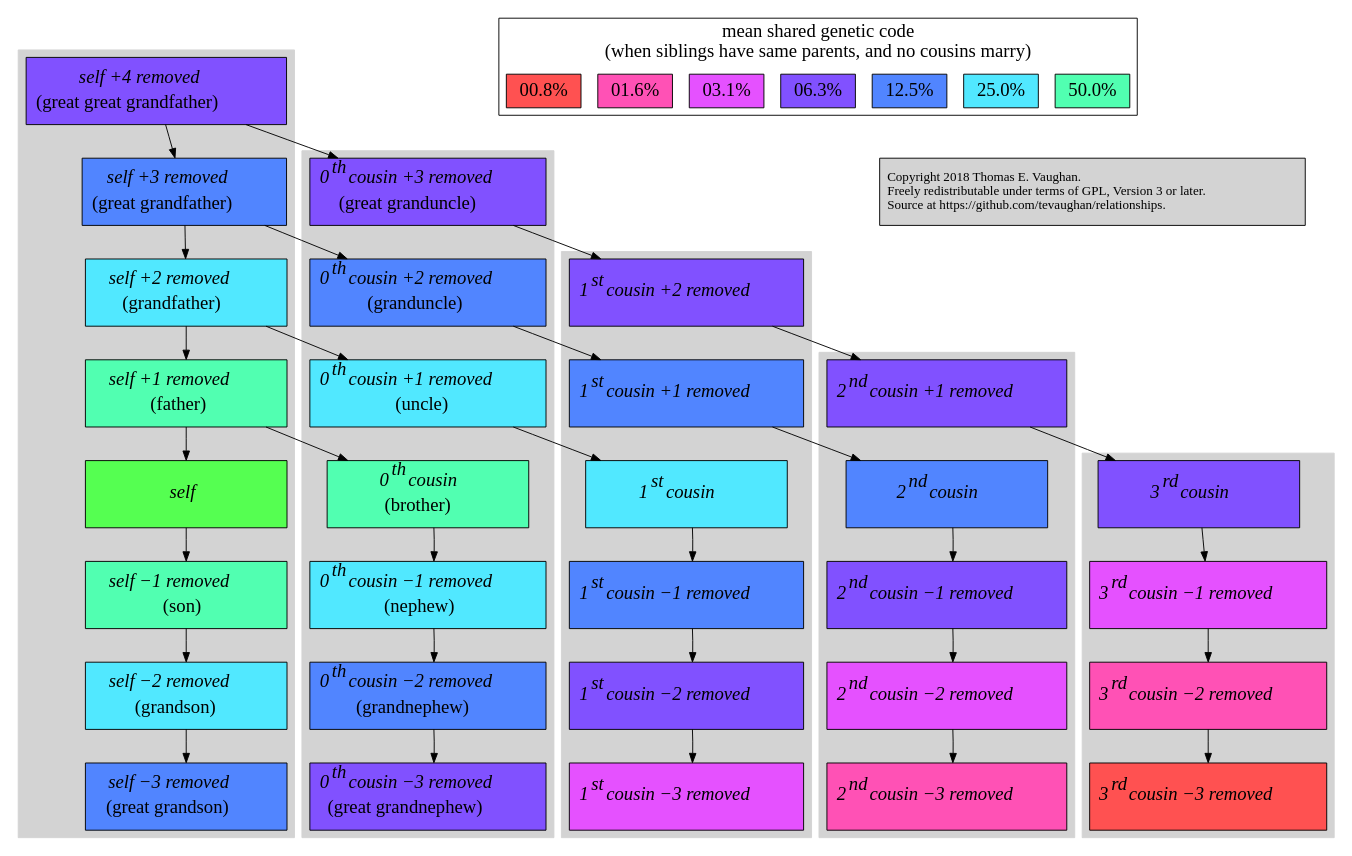
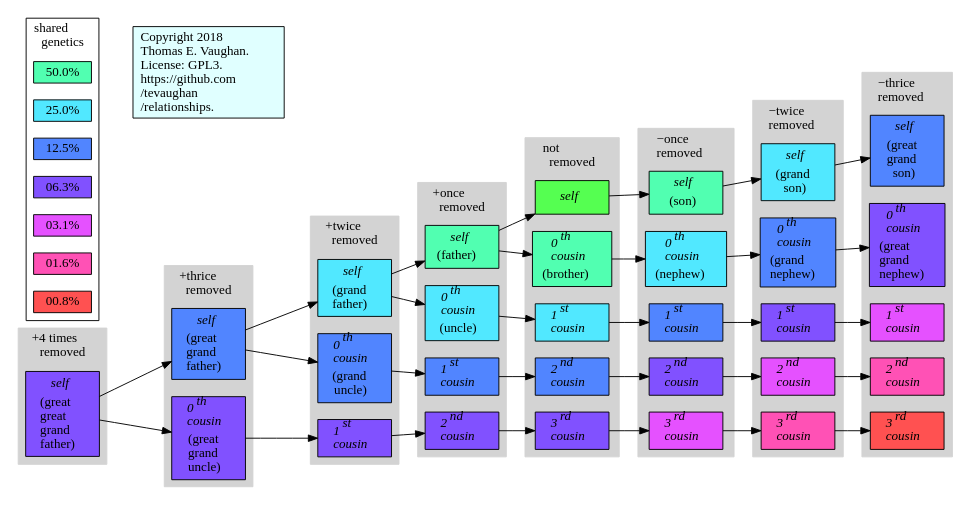
The diagram in relations.dot (tevaughan/relationships), drawn with Graphviz before and after one commit. The commit also changed 1 other file, not shown here.

Commit message:
Reorganized and added copyright to graph.

```diff
--- a/relations.dot
+++ b/relations.dot
@@ -3,40 +3,67 @@
 // See LICENSE.
 
 digraph G {
-  node [shape=rectangle width=3 height=1 style=filled];
+  rankdir="LR"
+  node [shape=rectangle width=1.1 style=filled];
 
-  subgraph cluster_self {
+  subgraph self {
+  ggGf -> gGf -> Gf    -> f     -> m   -> s     -> Gs    -> gGs;
+  }
+
+  subgraph cluster_rp4 {
+    style=filled
+    color=lightgray
+    label="+4 times\lremoved"
+    ggGf
+  }
+
+  subgraph cluster_rp3 {
+    style=filled
+    color=lightgray
+    label="+thrice\lremoved"
+    gGf; gGu
+  }
+
+  subgraph cluster_rp2 {
+    style=filled
+    color=lightgray
+    label="+twice\lremoved"
+    Gf; Gu; fcp2r
+  }
+
+  subgraph cluster_rp1  {
     style=filled;
     color=lightgray;
-    ggGf -> gGf -> Gf -> f -> m -> s -> Gs -> gGs;
+    label="+once\lremoved"
+    f; u; fcp1r; scp1r
   }
 
-  subgraph cluster_zero {
+  subgraph cluster_r0 {
     style=filled;
     color=lightgray;
-    edge [style=invis];
-    gGu -> Gu -> u -> b -> n -> Gn -> gGn;
+    label="not\lremoved"
+    m; b; fc; sc; thc
   }
 
-  subgraph cluster_one  {
+  subgraph cluster_rn1 {
     style=filled;
     color=lightgray;
-    edge [style=invis];
-    fcp2r -> fcp1r -> fc -> fc1r -> fc2r -> fc3r;
+    label=<&#8722;once<br align="left"/>removed>
+    s; n; fc1r; sc1r; thc1r
   }
 
-  subgraph cluster_two {
+  subgraph cluster_rn2 {
     style=filled;
     color=lightgray;
-    edge [style=invis];
-    scp1r -> sc -> sc1r -> sc2r -> sc3r;
+    label=<&#8722;twice<br align="left"/>removed>
+    Gs; Gn; fc2r; sc2r; thc2r
   }
 
-  subgraph cluster_three {
+  subgraph cluster_rn3 {
     style=filled;
     color=lightgray;
-    edge [style=invis];
-    thc; thc1r; thc2r; thc3r;
+    label=<&#8722;thrice<br align="left"/>removed>
+    gGs; gGn; fc3r; sc3r; thc3r
   }
 
   ggGf -> gGu -> fcp2r -> scp1r -> thc -> thc1r -> thc2r -> thc3r;
@@ -44,10 +71,119 @@
                  Gf    -> u     -> fc  -> fc1r  -> fc2r  -> fc3r;
                           f     -> b   -> n     -> Gn    -> gGn;
 
+  ggGf [label=<<font><table border="0" cellspacing="0" cellborder="0">
+               <tr><td align="center"><i>self</i></td></tr>
+               <tr><td align="center">(great<br align="left"/>great<br
+               align="left"/>grand<br align="left"/>father)</td></tr>
+               </table></font>>, fillcolor="#8151ff"];
+   gGf [label=<<font><table border="0" cellspacing="0" cellborder="0">
+               <tr><td align="center"><i>self</i></td></tr>
+               <tr><td align="center">(great<br align="left"/>grand<br align="left"/>father)</td></tr>
+               </table></font>>, fillcolor="#5185ff"];
+    Gf [label=<<font><table border="0" cellspacing="0" cellborder="0">
+               <tr><td align="center"><i>self</i></td></tr>
+               <tr><td align="center">(grand<br align="left"/>father)</td></tr>
+               </table></font>>, fillcolor="#51e8ff"];
+     f [label=<<font><table border="0" cellspacing="0" cellborder="0">
+               <tr><td align="center"><i>self</i></td></tr>
+               <tr><td align="center">(father)</td></tr>
+               </table></font>>, fillcolor="#51ffb1"];
+     m [label=<<font><table border="0" cellspacing="0" cellborder="0">
+               <tr><td align="center"><i>self</i></td></tr>
+               </table></font>>, fillcolor="#55ff51"];
+     s [label=<<font><table border="0" cellspacing="0" cellborder="0">
+               <tr><td align="center"><i>self</i></td></tr>
+               <tr><td align="center">(son)</td></tr>
+               </table></font>>, fillcolor="#51ffb1"];
+    Gs [label=<<font><table border="0" cellspacing="0" cellborder="0">
+               <tr><td align="center"><i>self</i></td></tr>
+               <tr><td align="center">(grand<br align="left"/>son)</td></tr>
+               </table></font>>, fillcolor="#51e8ff"];
+   gGs [label=<<font><table border="0" cellspacing="0" cellborder="0">
+               <tr><td align="center"><i>self</i></td></tr>
+               <tr><td align="center">(great<br align="left"/>grand<br align="left"/>son)</td></tr>
+               </table></font>>, fillcolor="#5185ff"];
+
+   gGu [label=<<font><table border="0" cellspacing="0" cellborder="0">
+               <tr><td align="center"><i>0<sup>th</sup><br align="left"/>cousin</i></td></tr>
+               <tr><td align="center">(great<br align="left"/>grand<br align="left"/>uncle)</td></tr>
+               </table></font>>, fillcolor="#8151ff"];
+ fcp2r [label=<<font><table border="0" cellspacing="0" cellborder="0">
+               <tr><td align="center"><i>1<sup>st</sup><br align="left"/>cousin</i></td></tr>
+               </table></font>>, fillcolor="#8151ff"];
+ scp1r [label=<<font><table border="0" cellspacing="0" cellborder="0">
+               <tr><td align="center"><i>2<sup>nd</sup><br align="left"/>cousin</i></td></tr>
+               </table></font>>, fillcolor="#8151ff"];
+   thc [label=<<font><table border="0" cellspacing="0" cellborder="0">
+               <tr><td align="center"><i>3<sup>rd</sup><br align="left"/>cousin</i></td></tr>
+               </table></font>>, fillcolor="#8151ff"];
+ thc1r [label=<<font><table border="0" cellspacing="0" cellborder="0">
+               <tr><td align="center"><i>3<sup>rd</sup><br align="left"/>cousin</i></td></tr>
+               </table></font>>, fillcolor="#e551ff"];
+ thc2r [label=<<font><table border="0" cellspacing="0" cellborder="0">
+               <tr><td align="center"><i>3<sup>rd</sup><br align="left"/>cousin</i></td></tr>
+               </table></font>>, fillcolor="#ff51b5"];
+ thc3r [label=<<font><table border="0" cellspacing="0" cellborder="0">
+               <tr><td align="center"><i>3<sup>rd</sup><br align="left"/>cousin</i></td></tr>
+               </table></font>>, fillcolor="#ff5151"];
+
+    Gu [label=<<font><table border="0" cellspacing="0" cellborder="0">
+              <tr><td align="center"><i>0<sup>th</sup><br align="left"/>cousin</i></td></tr>
+              <tr><td align="center">(grand<br align="left"/>uncle)</td></tr>
+              </table></font>>, fillcolor="#5185ff"];
+ fcp1r [label=<<font><table border="0" cellspacing="0" cellborder="0">
+               <tr><td align="center"><i>1<sup>st</sup><br align="left"/>cousin</i></td></tr>
+               </table></font>>, fillcolor="#5185ff"];
+    sc [label=<<font><table border="0" cellspacing="0" cellborder="0">
+               <tr><td align="center"><i>2<sup>nd</sup><br align="left"/>cousin</i></td></tr>
+               </table></font>>, fillcolor="#5185ff"];
+  sc1r [label=<<font><table border="0" cellspacing="0" cellborder="0">
+               <tr><td align="center"><i>2<sup>nd</sup><br align="left"/>cousin</i></td></tr>
+               </table></font>>, fillcolor="#8151ff"];
+  sc2r [label=<<font><table border="0" cellspacing="0" cellborder="0">
+               <tr><td align="center"><i>2<sup>nd</sup><br align="left"/>cousin</i></td></tr>
+               </table></font>>, fillcolor="#e551ff"];
+  sc3r [label=<<font><table border="0" cellspacing="0" cellborder="0">
+               <tr><td align="center"><i>2<sup>nd</sup><br align="left"/>cousin</i></td></tr>
+               </table></font>>, fillcolor="#ff51b5"];
+
+     u [label=<<font><table border="0" cellspacing="0" cellborder="0">
+               <tr><td align="center"><i>0<sup>th</sup><br align="left"/>cousin</i></td></tr>
+               <tr><td align="center">(uncle)</td></tr>
+               </table></font>>, fillcolor="#51e8ff"];
+    fc [label=<<font><table border="0" cellspacing="0" cellborder="0">
+               <tr><td align="center"><i>1<sup>st</sup><br align="left"/>cousin</i></td></tr>
+               </table></font>>, fillcolor="#51e8ff"];
+  fc1r [label=<<font><table border="0" cellspacing="0" cellborder="0">
+               <tr><td align="center"><i>1<sup>st</sup><br align="left"/>cousin</i></td></tr>
+               </table></font>>, fillcolor="#5185ff"];
+  fc2r [label=<<font><table border="0" cellspacing="0" cellborder="0">
+               <tr><td align="center"><i>1<sup>st</sup><br align="left"/>cousin</i></td></tr>
+               </table></font>>, fillcolor="#8151ff"];
+  fc3r [label=<<font><table border="0" cellspacing="0" cellborder="0">
+               <tr><td align="center"><i>1<sup>st</sup><br align="left"/>cousin</i></td></tr>
+               </table></font>>, fillcolor="#e551ff"];
+
+     b [label=<<font><table border="0" cellspacing="0" cellborder="0">
+               <tr><td align="center"><i>0<sup>th</sup><br align="left"/>cousin</i></td></tr>
+               <tr><td align="center">(brother)</td></tr>
+               </table></font>>, fillcolor="#51ffb1"];
+     n [label=<<font><table border="0" cellspacing="0" cellborder="0">
+               <tr><td align="center"><i>0<sup>th</sup><br align="left"/>cousin</i></td></tr>
+               <tr><td align="center">(nephew)</td></tr>
+               </table></font>>, fillcolor="#51e8ff"];
+    Gn [label=<<font><table border="0" cellspacing="0" cellborder="0">
+               <tr><td align="center"><i>0<sup>th</sup><br align="left"/>cousin</i></td></tr>
+               <tr><td align="center">(grand<br align="left"/>nephew)</td></tr>
+               </table></font>>, fillcolor="#5185ff"];
+   gGn [label=<<font><table border="0" cellspacing="0" cellborder="0">
+               <tr><td align="center"><i>0<sup>th</sup><br align="left"/>cousin</i></td></tr>
+               <tr><td align="center">(great<br align="left"/>grand<br align="left"/>nephew)</td></tr>
+               </table></font>>, fillcolor="#8151ff"];
+
   subgraph cluster_relation {
-    label="mean shared genetic code\n(when siblings have same parents, and no cousins marry)"
-    fontsize=20
-    node [shape=rectangle width=auto height=auto style=filled, fontsize=20];
+    label="shared\lgenetics"
+    node [shape=rectangle width=0.4 height=0.2 style=filled];
     r1 [label="50.0%", fillcolor="#51ffb1"];
     r2 [label="25.0%", fillcolor="#51e8ff"];
     r3 [label="12.5%", fillcolor="#5185ff"];
@@ -57,116 +193,7 @@
     r7 [label="00.8%", fillcolor="#ff5151"];
   }
 
-  notice [label="Copyright 2018 Thomas E. Vaughan.\lFreely redistributable under terms of GPL, Version 3 or later.\lSource at https://github.com/tevaughan/relationships.\l"]
+  notice [fillcolor=lightcyan label="Copyright 2018\lThomas E. Vaughan.\lLicense: GPL3.\lhttps://github.com\l/tevaughan\l/relationships.\l"]
 
   r1 -> notice [style=invis];
-
-  ggGf [label=<<font point-size="20"><table border="0" cellspacing="0" cellborder="0">
-               <tr><td align="center"><i>self +4 removed</i></td></tr>
-               <tr><td align="center">(great great grandfather)</td></tr>
-               </table></font>>, fillcolor="#8151ff"];
-   gGf [label=<<font point-size="20"><table border="0" cellspacing="0" cellborder="0">
-               <tr><td align="center"><i>self +3 removed</i></td></tr>
-               <tr><td align="center">(great grandfather)</td></tr>
-               </table></font>>, fillcolor="#5185ff"];
-    Gf [label=<<font point-size="20"><table border="0" cellspacing="0" cellborder="0">
-               <tr><td align="center"><i>self +2 removed</i></td></tr>
-               <tr><td align="center">(grandfather)</td></tr>
-               </table></font>>, fillcolor="#51e8ff"];
-     f [label=<<font point-size="20"><table border="0" cellspacing="0" cellborder="0">
-               <tr><td align="center"><i>self +1 removed</i></td></tr>
-               <tr><td align="center">(father)</td></tr>
-               </table></font>>, fillcolor="#51ffb1"];
-     m [label=<<font point-size="20"><table border="0" cellspacing="0" cellborder="0">
-               <tr><td align="center"><i>self</i></td></tr>
-               </table></font>>, fillcolor="#55ff51"];
-     s [label=<<font point-size="20"><table border="0" cellspacing="0" cellborder="0">
-               <tr><td align="center"><i>self &#8722;1 removed</i></td></tr>
-               <tr><td align="center">(son)</td></tr>
-               </table></font>>, fillcolor="#51ffb1"];
-    Gs [label=<<font point-size="20"><table border="0" cellspacing="0" cellborder="0">
-               <tr><td align="center"><i>self &#8722;2 removed</i></td></tr>
-               <tr><td align="center">(grandson)</td></tr>
-               </table></font>>, fillcolor="#51e8ff"];
-   gGs [label=<<font point-size="20"><table border="0" cellspacing="0" cellborder="0">
-               <tr><td align="center"><i>self &#8722;3 removed</i></td></tr>
-               <tr><td align="center">(great grandson)</td></tr>
-               </table></font>>, fillcolor="#5185ff"];
-
-   gGu [label=<<font point-size="20"><table border="0" cellspacing="0" cellborder="0">
-               <tr><td align="center"><i>0<sup>th</sup> cousin +3 removed</i></td></tr>
-               <tr><td align="center">(great granduncle)</td></tr>
-               </table></font>>, fillcolor="#8151ff"];
- fcp2r [label=<<font point-size="20"><table border="0" cellspacing="0" cellborder="0">
-               <tr><td align="center"><i>1<sup>st</sup> cousin +2 removed</i></td></tr>
-               </table></font>>, fillcolor="#8151ff"];
- scp1r [label=<<font point-size="20"><table border="0" cellspacing="0" cellborder="0">
-               <tr><td align="center"><i>2<sup>nd</sup> cousin +1 removed</i></td></tr>
-               </table></font>>, fillcolor="#8151ff"];
-   thc [label=<<font point-size="20"><table border="0" cellspacing="0" cellborder="0">
-               <tr><td align="center"><i>3<sup>rd</sup> cousin</i></td></tr>
-               </table></font>>, fillcolor="#8151ff"];
- thc1r [label=<<font point-size="20"><table border="0" cellspacing="0" cellborder="0">
-               <tr><td align="center"><i>3<sup>rd</sup> cousin &#8722;1 removed</i></td></tr>
-               </table></font>>, fillcolor="#e551ff"];
- thc2r [label=<<font point-size="20"><table border="0" cellspacing="0" cellborder="0">
-               <tr><td align="center"><i>3<sup>rd</sup> cousin &#8722;2 removed</i></td></tr>
-               </table></font>>, fillcolor="#ff51b5"];
- thc3r [label=<<font point-size="20"><table border="0" cellspacing="0" cellborder="0">
-               <tr><td align="center"><i>3<sup>rd</sup> cousin &#8722;3 removed</i></td></tr>
-               </table></font>>, fillcolor="#ff5151"];
-
-    Gu [label=<<font point-size="20"><table border="0" cellspacing="0" cellborder="0">
-              <tr><td align="center"><i>0<sup>th</sup> cousin +2 removed</i></td></tr>
-              <tr><td align="center">(granduncle)</td></tr>
-              </table></font>>, fillcolor="#5185ff"];
- fcp1r [label=<<font point-size="20"><table border="0" cellspacing="0" cellborder="0">
-               <tr><td align="center"><i>1<sup>st</sup> cousin +1 removed</i></td></tr>
-               </table></font>>, fillcolor="#5185ff"];
-    sc [label=<<font point-size="20"><table border="0" cellspacing="0" cellborder="0">
-               <tr><td align="center"><i>2<sup>nd</sup> cousin</i></td></tr>
-               </table></font>>, fillcolor="#5185ff"];
-  sc1r [label=<<font point-size="20"><table border="0" cellspacing="0" cellborder="0">
-               <tr><td align="center"><i>2<sup>nd</sup> cousin &#8722;1 removed</i></td></tr>
-               </table></font>>, fillcolor="#8151ff"];
-  sc2r [label=<<font point-size="20"><table border="0" cellspacing="0" cellborder="0">
-               <tr><td align="center"><i>2<sup>nd</sup> cousin &#8722;2 removed</i></td></tr>
-               </table></font>>, fillcolor="#e551ff"];
-  sc3r [label=<<font point-size="20"><table border="0" cellspacing="0" cellborder="0">
-               <tr><td align="center"><i>2<sup>nd</sup> cousin &#8722;3 removed</i></td></tr>
-               </table></font>>, fillcolor="#ff51b5"];
-
-     u [label=<<font point-size="20"><table border="0" cellspacing="0" cellborder="0">
-               <tr><td align="center"><i>0<sup>th</sup> cousin +1 removed</i></td></tr>
-               <tr><td align="center">(uncle)</td></tr>
-               </table></font>>, fillcolor="#51e8ff"];
-    fc [label=<<font point-size="20"><table border="0" cellspacing="0" cellborder="0">
-               <tr><td align="center"><i>1<sup>st</sup> cousin</i></td></tr>
-               </table></font>>, fillcolor="#51e8ff"];
-  fc1r [label=<<font point-size="20"><table border="0" cellspacing="0" cellborder="0">
-               <tr><td align="center"><i>1<sup>st</sup> cousin &#8722;1 removed</i></td></tr>
-               </table></font>>, fillcolor="#5185ff"];
-  fc2r [label=<<font point-size="20"><table border="0" cellspacing="0" cellborder="0">
-               <tr><td align="center"><i>1<sup>st</sup> cousin &#8722;2 removed</i></td></tr>
-               </table></font>>, fillcolor="#8151ff"];
-  fc3r [label=<<font point-size="20"><table border="0" cellspacing="0" cellborder="0">
-               <tr><td align="center"><i>1<sup>st</sup> cousin &#8722;3 removed</i></td></tr>
-               </table></font>>, fillcolor="#e551ff"];
-
-     b [label=<<font point-size="20"><table border="0" cellspacing="0" cellborder="0">
-               <tr><td align="center"><i>0<sup>th</sup> cousin</i></td></tr>
-               <tr><td align="center">(brother)</td></tr>
-               </table></font>>, fillcolor="#51ffb1"];
-     n [label=<<font point-size="20"><table border="0" cellspacing="0" cellborder="0">
-               <tr><td align="center"><i>0<sup>th</sup> cousin &#8722;1 removed</i></td></tr>
-               <tr><td align="center">(nephew)</td></tr>
-               </table></font>>, fillcolor="#51e8ff"];
-    Gn [label=<<font point-size="20"><table border="0" cellspacing="0" cellborder="0">
-               <tr><td align="center"><i>0<sup>th</sup> cousin &#8722;2 removed</i></td></tr>
-               <tr><td align="center">(grandnephew)</td></tr>
-               </table></font>>, fillcolor="#5185ff"];
-   gGn [label=<<font point-size="20"><table border="0" cellspacing="0" cellborder="0">
-               <tr><td align="center"><i>0<sup>th</sup> cousin &#8722;3 removed</i></td></tr>
-               <tr><td align="center">(great grandnephew)</td></tr>
-               </table></font>>, fillcolor="#8151ff"];
 }
```
